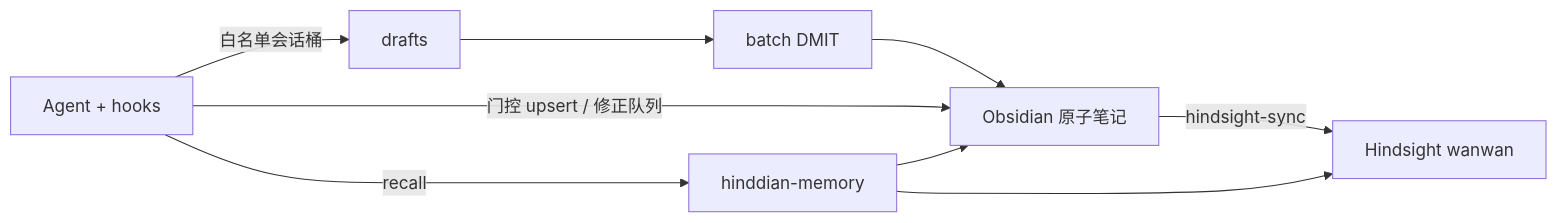
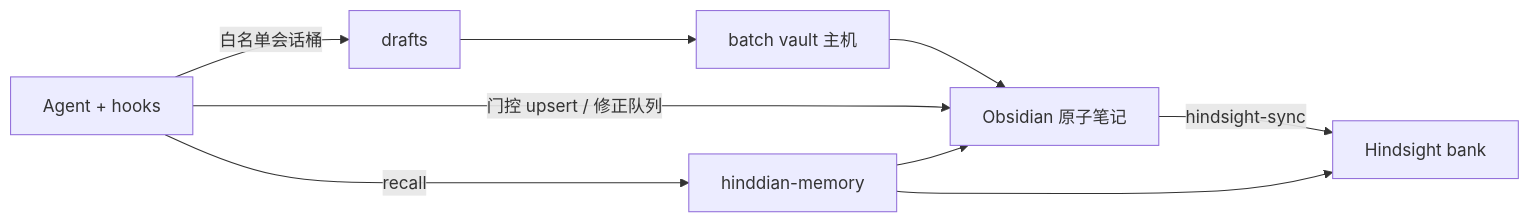
Before and after one commit to wyq0x55/hinddian: the diagram in trial/项目/笔记系统/Hindsight与Obsidian双管线.md, drawn with Mermaid. The commit also changed other lines of this file and 52 other files, not shown here.

````diff
--- a/trial/项目/笔记系统/Hindsight与Obsidian双管线.md
+++ b/trial/项目/笔记系统/Hindsight与Obsidian双管线.md
@@ -24,11 +24,11 @@
 ```mermaid
 flowchart LR
   A[Agent + hooks] -->|白名单会话桶| D[drafts]
-  D --> B[batch DMIT]
+  D --> B[batch vault 主机]
   B --> V[Obsidian 原子笔记]
   A -->|门控 upsert / 修正队列| V
-  V -->|hindsight-sync| H[Hindsight wanwan]
+  V -->|hindsight-sync| H[Hindsight bank]
   A -->|recall| M[hinddian-memory]
   M --> H
   M --> V
 ```
````
